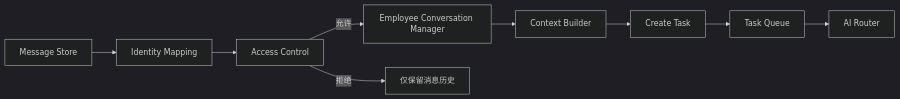
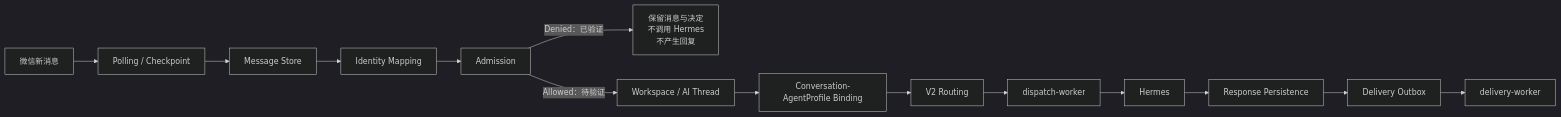
One commit to Tangbohu09527/CF_ecommerce-automation-docs changed the second of 2 diagrams in architecture/gateway-architecture.md. Above: the diagram before and after it, drawn with Mermaid (dark theme). The commit also changed other lines of this file and 15 other files, not shown here.

Commit message:
docs: sync WeChat gateway production architecture and status

````diff
--- a/architecture/gateway-architecture.md
+++ b/architecture/gateway-architecture.md
@@ -277,11 +44,16 @@
 ```mermaid
 flowchart LR
-    M["Message Store"] --> I["Identity Mapping"]
-    I --> P["Access Control"]
-    P -->|"允许"| E["Employee Conversation Manager"]
-    P -->|"拒绝"| H["仅保留消息历史"]
-    E --> C["Context Builder"]
-    C --> T["Create Task"]
-    T --> Q["Task Queue"]
-    Q --> R["AI Router"]
+    M["微信新消息"] --> P["Polling / Checkpoint"]
+    P --> S["Message Store"]
+    S --> I["Identity Mapping"]
+    I --> A["Admission"]
+    A -->|"Denied：已验证"| D["保留消息与决定<br/>不调用 Hermes<br/>不产生回复"]
+    A -->|"Allowed：待验证"| W["Workspace / AI Thread"]
+    W --> B["Conversation-AgentProfile Binding"]
+    B --> R["V2 Routing"]
+    R --> X["dispatch-worker"]
+    X --> H["Hermes"]
+    H --> RP["Response Persistence"]
+    RP --> O["Delivery Outbox"]
+    O --> DL["delivery-worker"]
 ```
````
